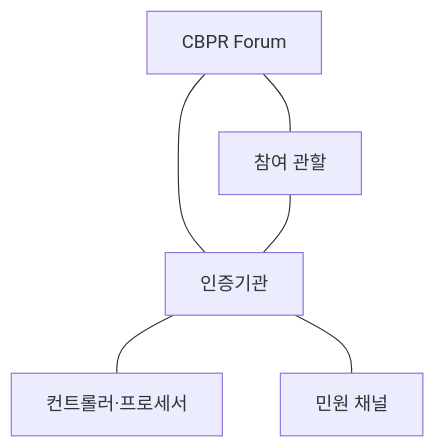
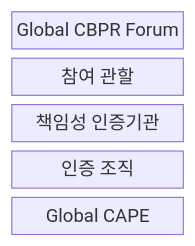
One commit to agnusdei1207/knowledge-base changed the first of 2 diagrams in src/content/docs/notes/05-security/102_cbpr_cross_border_privacy_rules.md. Above: the diagram before and after it, drawn with Mermaid. The commit also changed other lines of this file and 6 other files, not shown here.

````diff
--- a/src/content/docs/notes/05-security/102_cbpr_cross_border_privacy_rules.md
+++ b/src/content/docs/notes/05-security/102_cbpr_cross_border_privacy_rules.md
@@ -52,8 +52,9 @@
 ```mermaid
-flowchart TB
-  F["CBPR Forum"] --- J["참여 관할"]
-  F --- A["인증기관"]
-  J --- A
-  A --- O["컨트롤러·프로세서"]
-  A --- C["민원 채널"]
+block-beta
+  columns 1
+  F["Global CBPR Forum"]
+  J["참여 관할"]
+  A["책임성 인증기관"]
+  O["인증 조직"]
+  C["Global CAPE"]
 ```
````
